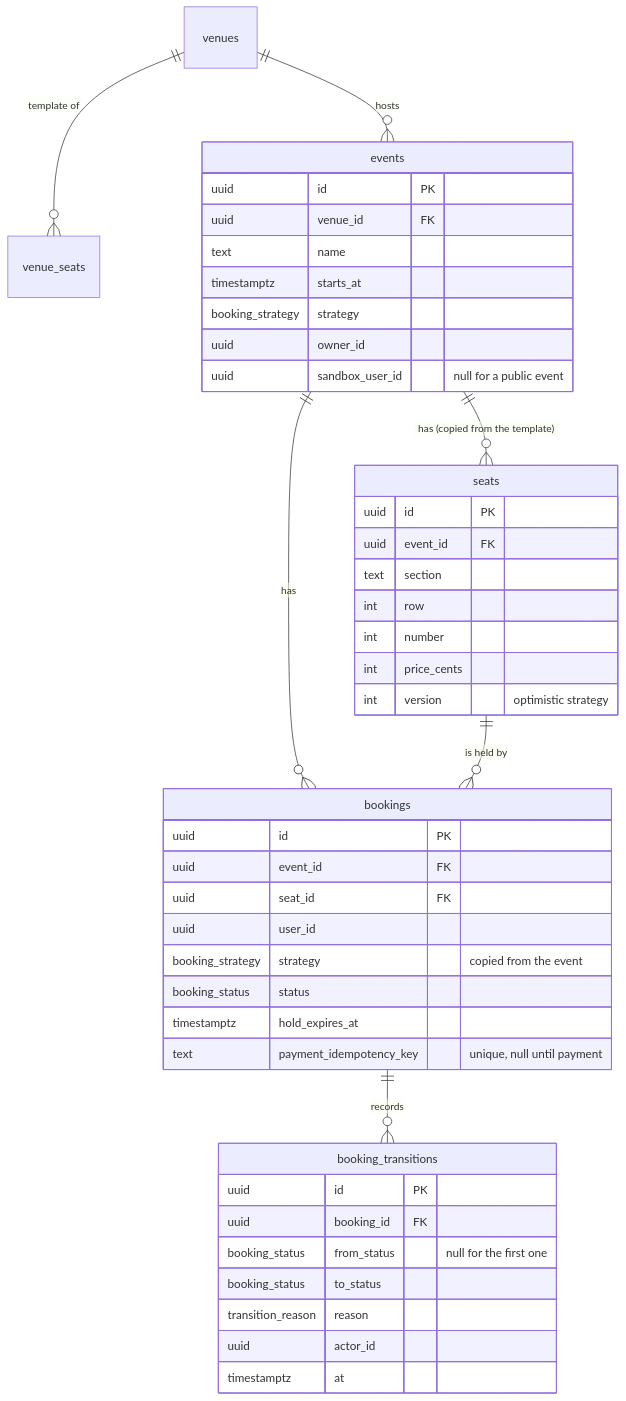
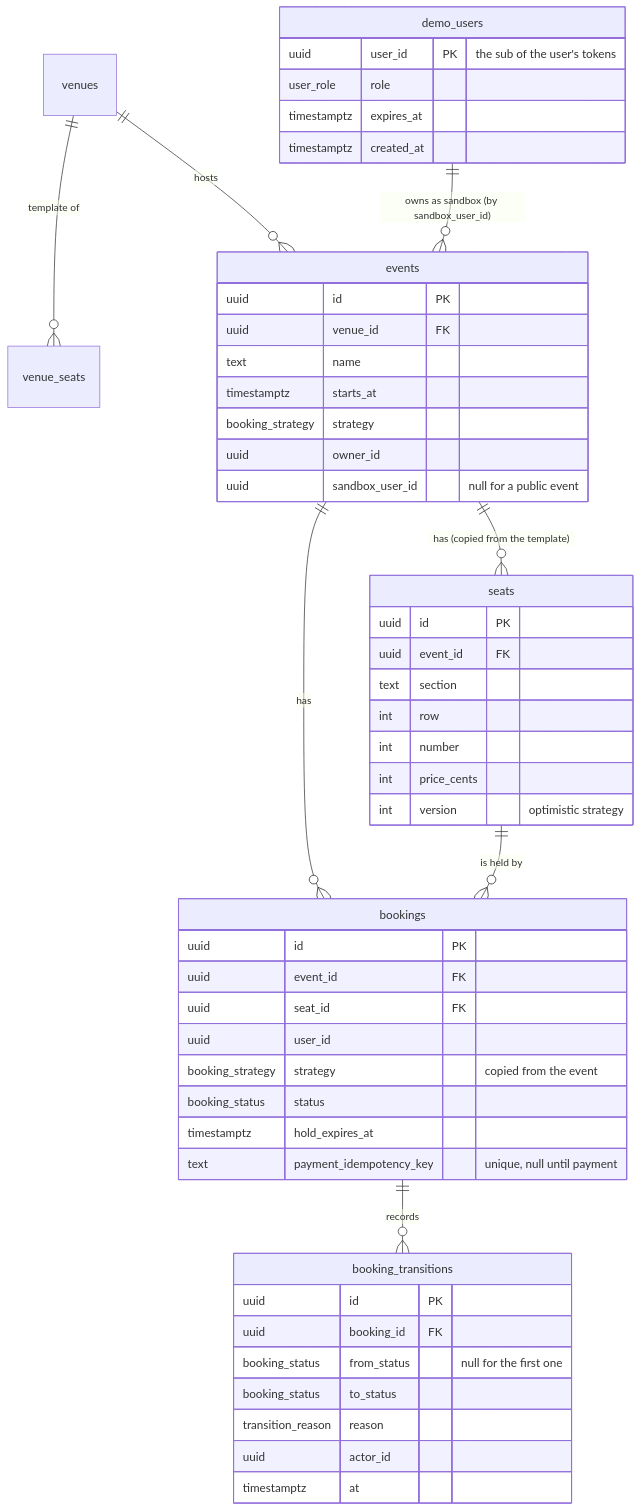
Before and after one commit to oguzbits/ticketmaster: the first of 2 diagrams in docs/data-model.md, drawn with Mermaid. The commit also changed other lines of this file and 4 other files, not shown here.

First line of the commit message:
feat(db): demo_users table

````diff
--- a/docs/data-model.md
+++ b/docs/data-model.md
@@ -10,47 +10,54 @@
 ```mermaid
 erDiagram
     venues ||--o{ venue_seats : "template of"
     venues ||--o{ events : "hosts"
     events ||--o{ seats : "has (copied from the template)"
     events ||--o{ bookings : "has"
     seats ||--o{ bookings : "is held by"
     bookings ||--o{ booking_transitions : "records"
+    demo_users ||--o{ events : "owns as sandbox (by sandbox_user_id)"
 
     events {
         uuid id PK
         uuid venue_id FK
         text name
         timestamptz starts_at
         booking_strategy strategy
         uuid owner_id
         uuid sandbox_user_id "null for a public event"
     }
     seats {
         uuid id PK
         uuid event_id FK
         text section
         int row
         int number
         int price_cents
         int version "optimistic strategy"
     }
     bookings {
         uuid id PK
         uuid event_id FK
         uuid seat_id FK
         uuid user_id
         booking_strategy strategy "copied from the event"
         booking_status status
         timestamptz hold_expires_at
         text payment_idempotency_key "unique, null until payment"
     }
+    demo_users {
+        uuid user_id PK "the sub of the user's tokens"
+        user_role role
+        timestamptz expires_at
+        timestamptz created_at
+    }
     booking_transitions {
         uuid id PK
         uuid booking_id FK
         booking_status from_status "null for the first one"
         booking_status to_status
         transition_reason reason
         uuid actor_id
         timestamptz at
     }
 ```
````
